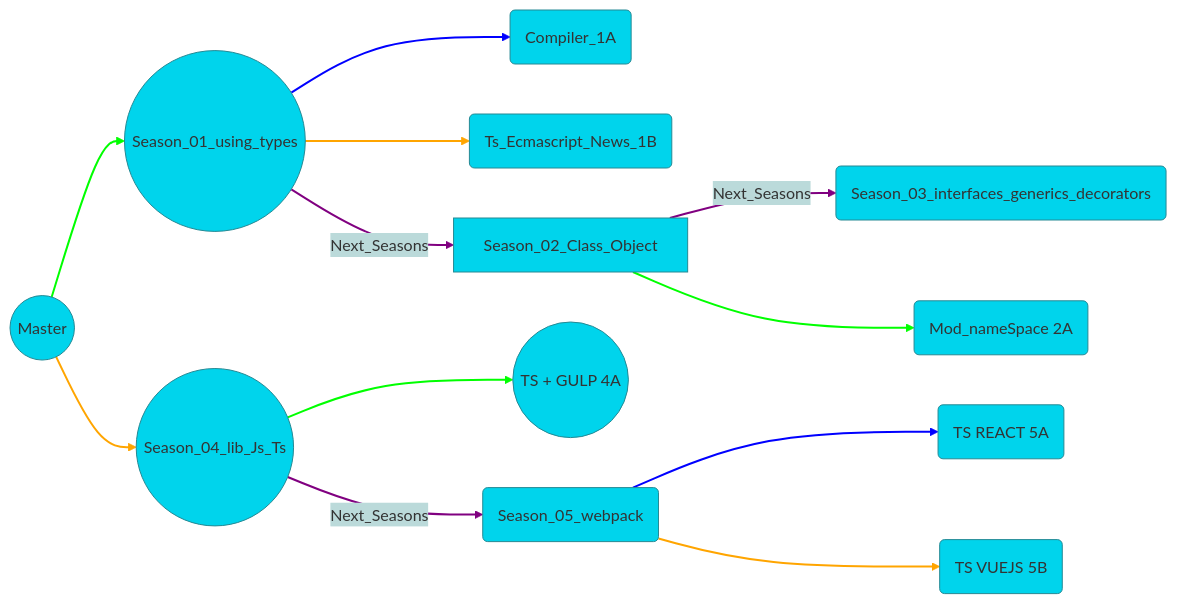
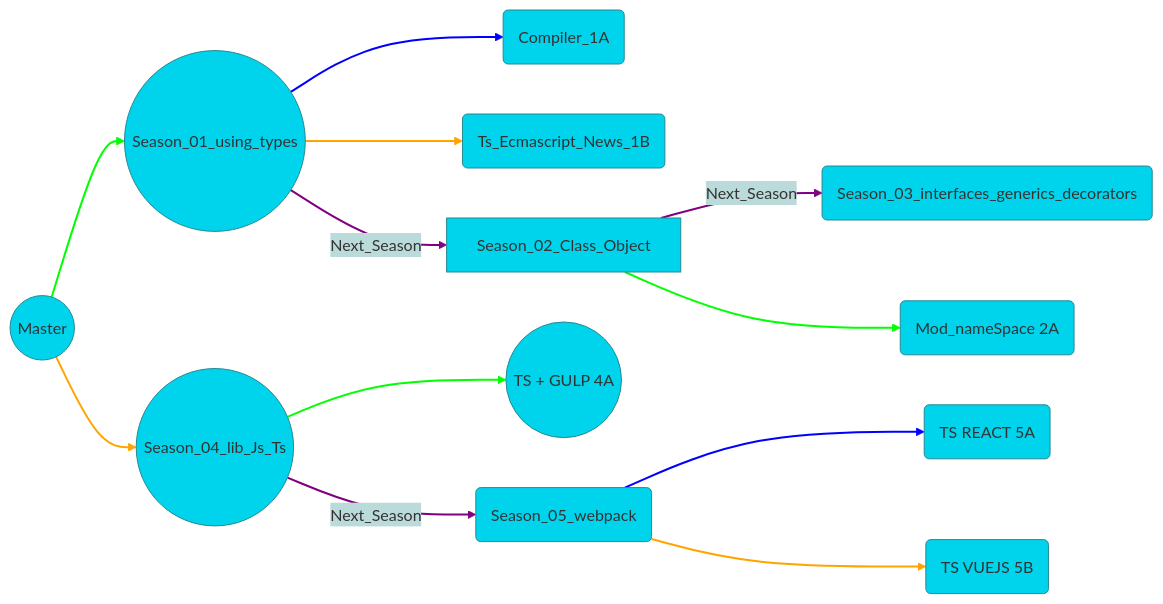
One commit to TeoNogueira/TypeScript-2022 changed the diagram in readme.md. Above: the diagram before and after it, drawn with Mermaid.

Commit message:
By: Teo Nogueira
By: Teo Nogueira

````diff
--- a/readme.md
+++ b/readme.md
@@ -72,34 +72,34 @@
   ```mermaid
 
 %%{init: {'theme': 'base', 'themeVariables': { 'primaryColor': '#00d4ec', 'edgeLabelBackground':'#bbdada', 'tertiaryColor': '#dcaab9'}}}%%
 
 graph LR
 1(Season_01) --> 1A(Compiler_1A) 
 1(Season_01) --> 1B(Ts_Ecmascript_News_1B) 
-A((Master)) --> 1((Season_01_using_types)) -->|Next_Seasons| 2((S_02)) --> |Next_Seasons| 3((S_03))
+A((Master)) --> 1((Season_01_using_types)) -->|Next_Season| 2((S_02)) --> |Next_Season| 3((S_03))
 2[Season_02_Class_Object]--> 2A(Mod_nameSpace 2A)
 
 3(Season_03_interfaces_generics_decorators) 
 4((Season_04_lib_Js_Ts)) --> 4A((TS + GULP 4A))
-A((Master)) --> 4((Season_04_lib_Js_Ts)) -->|Next_Seasons|5(S_05)
+A((Master)) --> 4((Season_04_lib_Js_Ts)) -->|Next_Season|5(S_05)
 
 
 5(Season_05) --> 5A(TS REACT 5A) 
 5(Season_05_webpack) --> 5B(TS VUEJS 5B)
 
 
 
      linkStyle 0 stroke-width:2px,fill:none,stroke:blue;
         linkStyle 1 stroke-width:2px,fill:none,stroke:orange;
         linkStyle 2 stroke-width:2px,fill:none,stroke:lime;
         linkStyle 3 stroke-width:2px,fill:none,stroke:purple;
         linkStyle 4 stroke-width:2px,fill:none,stroke:purple;
           linkStyle 5 stroke-width:2px,fill:none,stroke:lime;
           linkStyle 6 stroke-width:2px,fill:none,stroke:lime;
           linkStyle 7 stroke-width:2px,fill:none,stroke:orange;
           linkStyle 8 stroke-width:2px,fill:none,stroke:purple;
           linkStyle 9 stroke-width:2px,fill:none,stroke:blue;
           linkStyle 10 stroke-width:2px,fill:none,stroke:orange;
 
 
  ```
````
